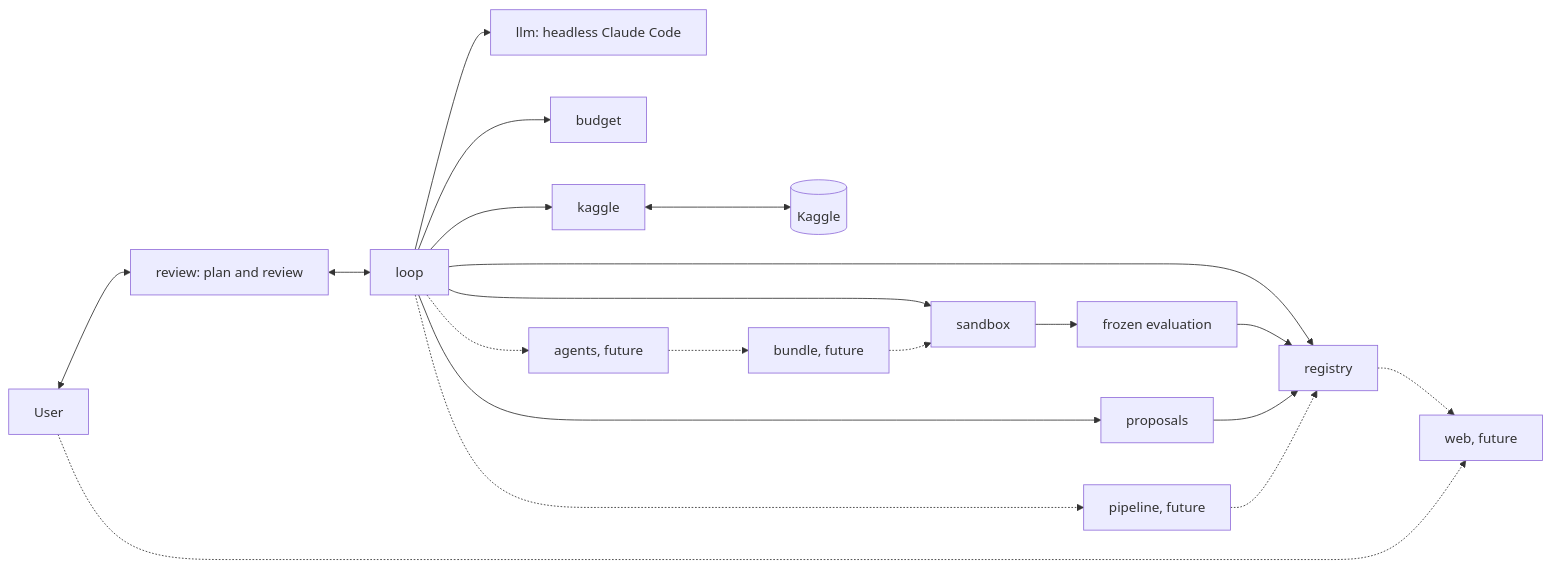
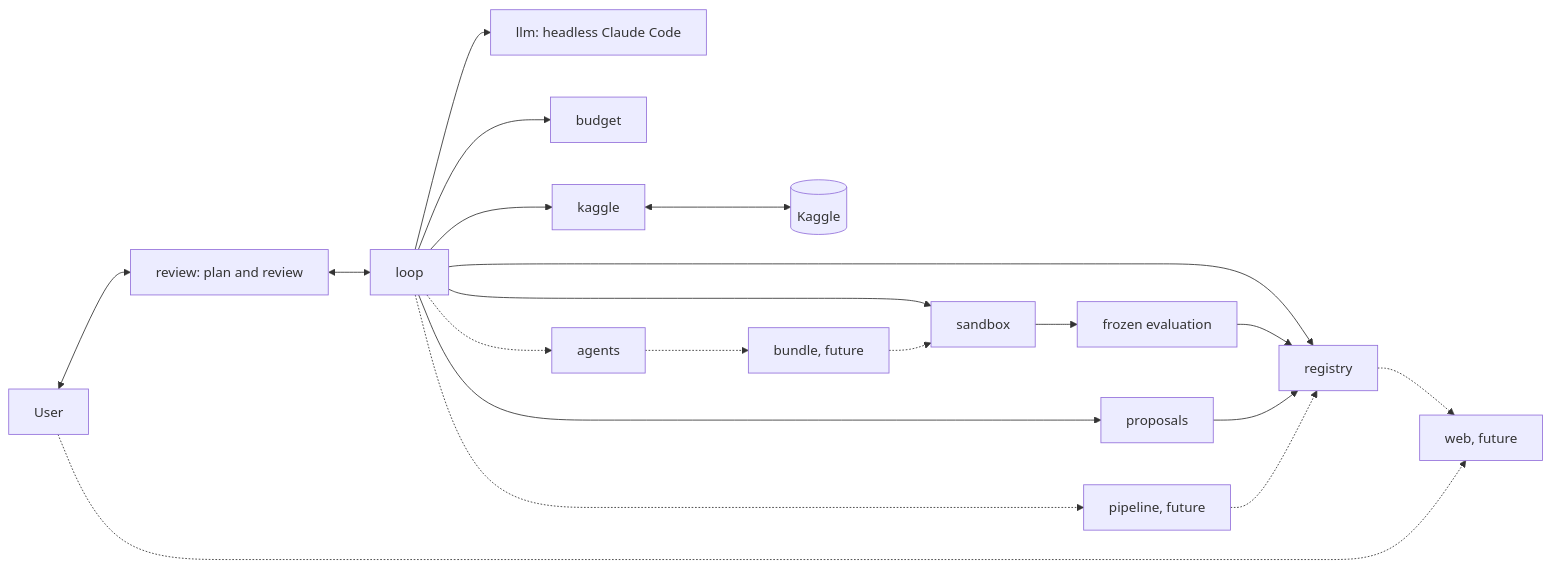
Before and after one commit to a-scaravelli/ds-agent: the diagram in docs/design.md, drawn with Mermaid. The commit also changed other lines of this file and 4 other files, not shown here.

````diff
--- a/docs/design.md
+++ b/docs/design.md
@@ -401,22 +401,22 @@
 ```mermaid
 flowchart LR
     H[User] <--> R[review: plan and review]
     R <--> L[loop]
     L --> P[proposals]
     L --> LM[llm: headless Claude Code]
     L --> B[budget]
     L --> S[sandbox]
     S --> E[frozen evaluation]
     L --> G[registry]
     L --> K[kaggle]
     K <--> KG[(Kaggle)]
     E --> G
     P --> G
-    L -.-> AG[agents, future]
+    L -.-> AG[agents]
     AG -.-> BU[bundle, future]
     BU -.-> S
     L -.-> PL[pipeline, future]
     G -.-> W[web, future]
     PL -.-> G
     H -.-> W
 ```
````
